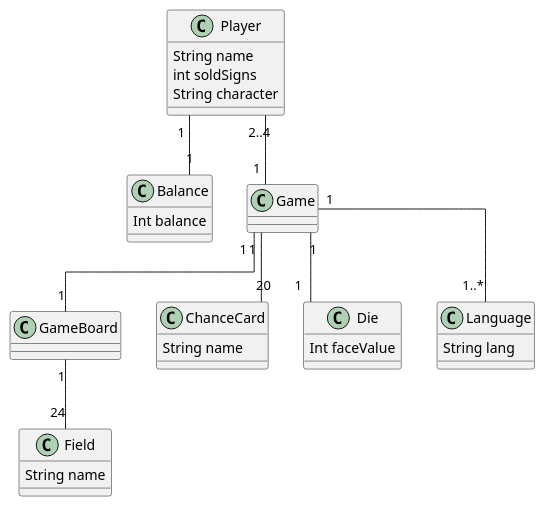
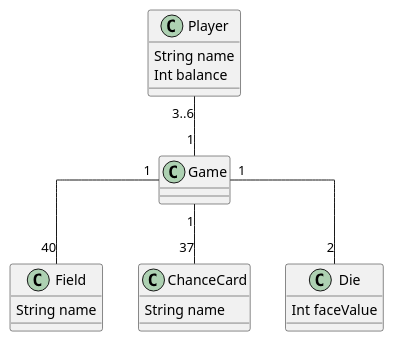
Before and after one commit to Gruppe-10-DTU/CDIO-FINAL: the diagram in src/main/resources/Diagrams/DomainModel.puml, drawn with PlantUML. The commit also changed 15 other files, not shown here.

Commit message:
Moved Deck into controllers. Created diagram of the program, not including the field and chanceCard subclasses.

```diff
--- a/src/main/resources/Diagrams/DomainModel.puml
+++ b/src/main/resources/Diagrams/DomainModel.puml
@@ -1,36 +1,26 @@
 @startuml
 skinparam linetype polyline
 skinparam linetype ortho
 
 Class Player {
  String name
- int soldSigns
- String character
-}
-Class GameBoard{
-}
-Class Balance {
  Int balance
 }
+
 Class Field {
  String name
 }
 
 Class ChanceCard{
  String name
 }
 Class Die {
  Int faceValue
 }
-Class Language {
- String lang
-}
 
-Player "2..4" -- "1" Game
-Player "1" -- "1" Balance
-Game "1" -- "1..*" Language
-Game "1" -- "1" GameBoard
-Game "1" -- "20" ChanceCard
-GameBoard "1" -- "24" Field
-Game"1" -- "1" Die
+
+Player "3..6" -- "1" Game
+Game "1" -- "37" ChanceCard
+Game "1" -- "40" Field
+Game"1" -- "2" Die
 @enduml
```
